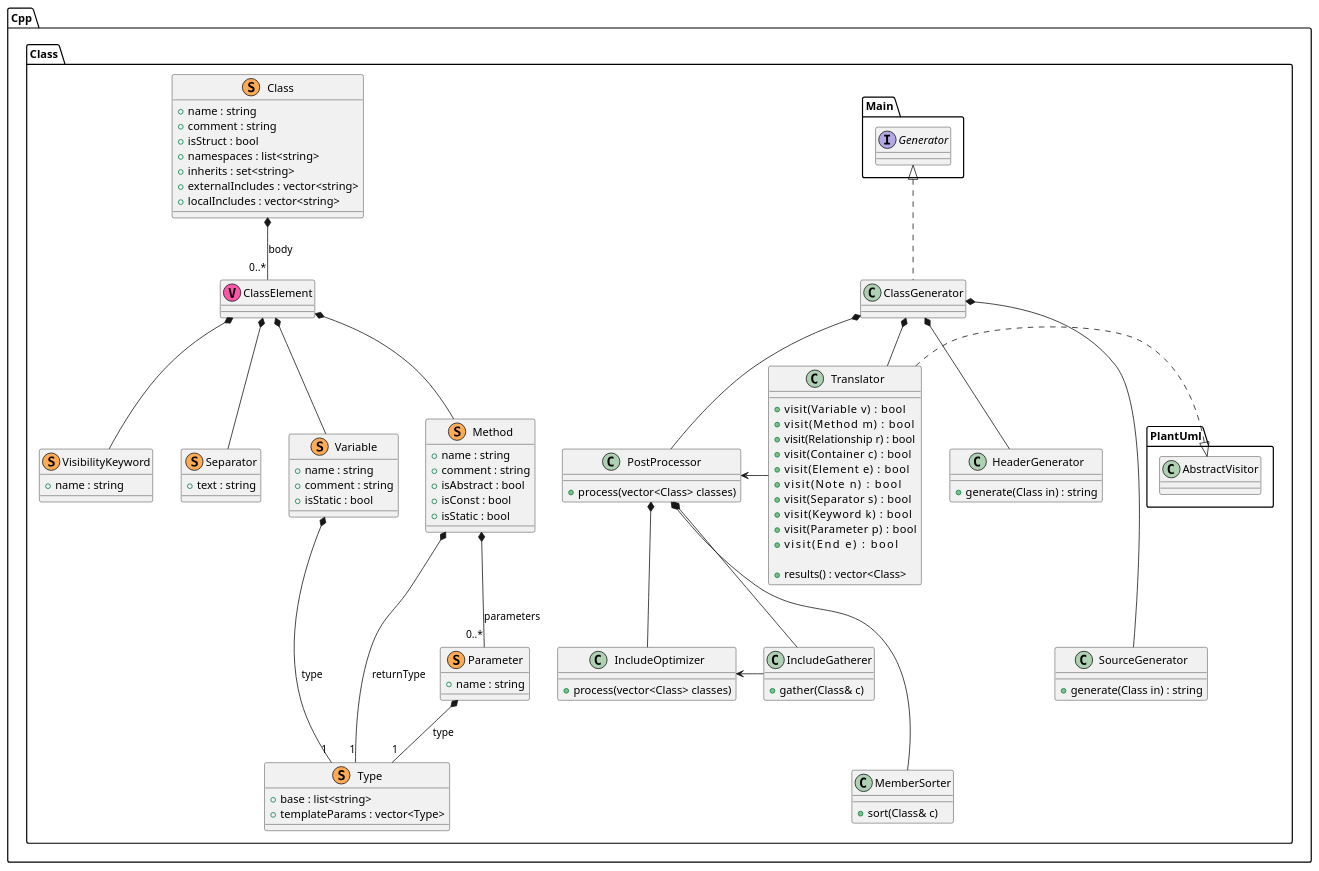
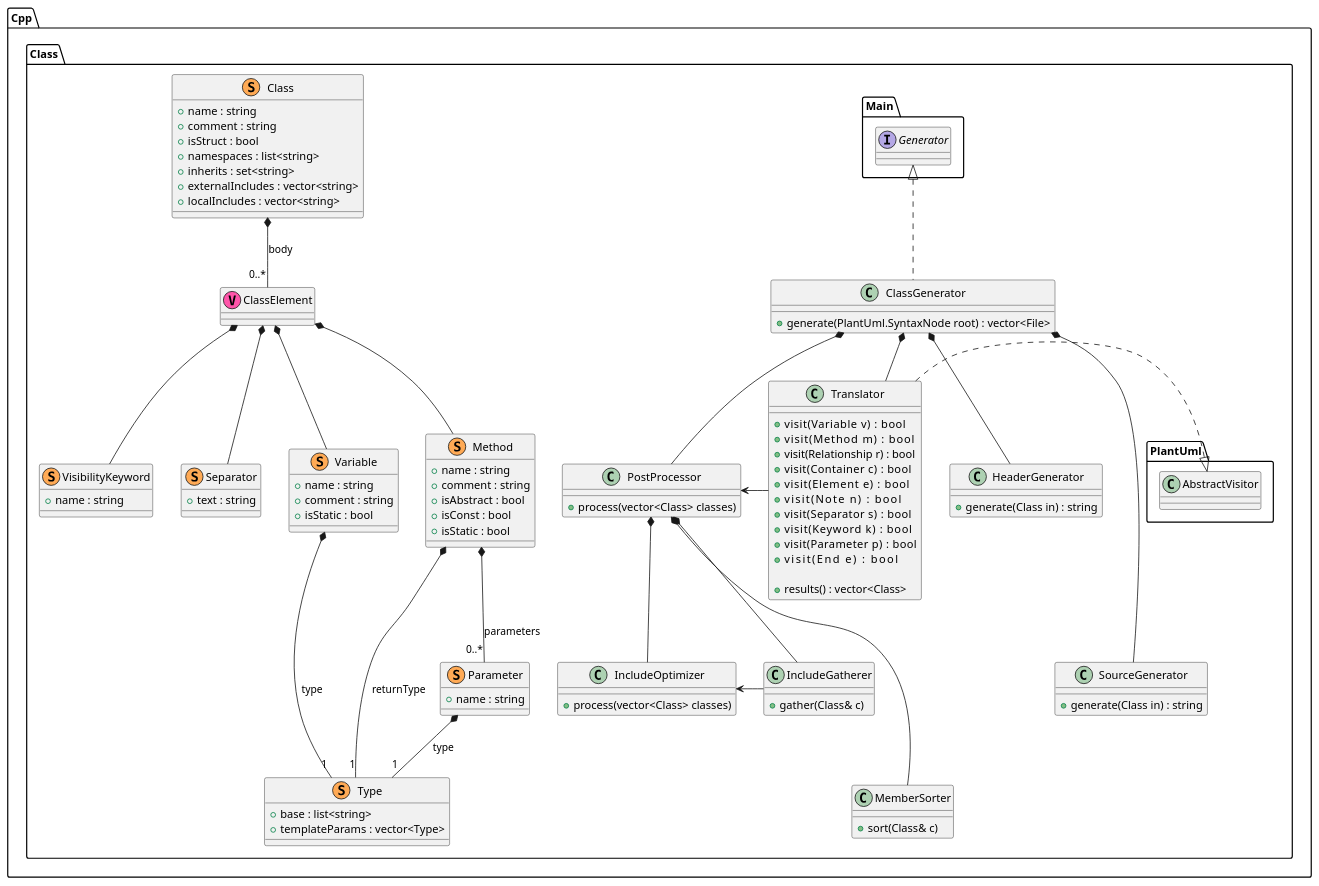
Before and after one commit to jteuber/PlantUML2Cpp: the diagram in models/Class.puml, drawn with PlantUML. The commit also changed 4 other files, not shown here.

```diff
--- a/models/Class.puml
+++ b/models/Class.puml
@@ -1,120 +1,121 @@
 @startuml Class
 
 namespace Cpp {
 
     namespace Class {
         ' *************** ALGORITHMS ***************
         class Translator
         {
             +visit(Variable v)     : bool
             +visit(Method m)       : bool
             +visit(Relationship r) : bool
             +visit(Container c)    : bool
             +visit(Element e)      : bool
             +visit(Note n)         : bool
             +visit(Separator s)    : bool
             +visit(Keyword k)      : bool
             +visit(Parameter p)    : bool
             +visit(End e)          : bool
 
             +results() : vector<Class>
         }
         Translator .|> PlantUml.AbstractVisitor
 
         class PostProcessor {
             +process(vector<Class> classes)
         }
 
         class IncludeGatherer {
             +gather(Class& c)
         }
         class IncludeOptimizer {
             +process(vector<Class> classes)
         }
         class MemberSorter {
             +sort(Class& c)
         }
 
         PostProcessor *-- IncludeGatherer
         PostProcessor *-- IncludeOptimizer
         PostProcessor *--- MemberSorter
         IncludeOptimizer <- IncludeGatherer
 
 
         class HeaderGenerator {
             +generate(Class in) : string
         }
 
         class SourceGenerator {
             +generate(Class in) : string
         }
 
         Translator -left-> PostProcessor
 
         class ClassGenerator implements Main.Generator {
+            +generate(PlantUml.SyntaxNode root) : vector<File>
         }
         ClassGenerator *-- Translator
         ClassGenerator *-- PostProcessor
         ClassGenerator *-- HeaderGenerator
         ClassGenerator *--- SourceGenerator
 
         ' *************** DATA ***************
         class Class << (S,#FFAA55) >>
         {
             +name : string
             +comment : string
             +isStruct : bool
             +namespaces : list<string>
             +inherits : set<string>
             +externalIncludes : vector<string>
             +localIncludes : vector<string>
         }
         class ClassElement << (V,#FF55AA) >>
         class VisibilityKeyword << (S,#FFAA55) >>
         {
             +name : string
         }
         class Separator << (S,#FFAA55) >>
         {
             +text : string
         }
         class Variable << (S,#FFAA55) >>
         {
             +name : string
             +comment : string
             +isStatic : bool
         }
         class Method << (S,#FFAA55) >>
         {
             +name : string
             +comment : string
             +isAbstract : bool
             +isConst : bool
             +isStatic : bool
         }
         class Parameter << (S,#FFAA55) >>
         {
             +name : string
         }
 
 
         class Type << (S,#FFAA55) >>
         {
             +base : list<string>
             +templateParams : vector<Type>
         }
         Method *--- "1" Type : returnType
         Parameter *-- "1" Type : type
         Variable *--- "1" Type : type
 
 
         Class *-- "0..*" ClassElement : body
         ClassElement *-- Method
         ClassElement *-- Variable
         ClassElement *-- VisibilityKeyword
         ClassElement *-- Separator
         Method *-- "0..*" Parameter : parameters
     }
 }
 
 @enduml
```
